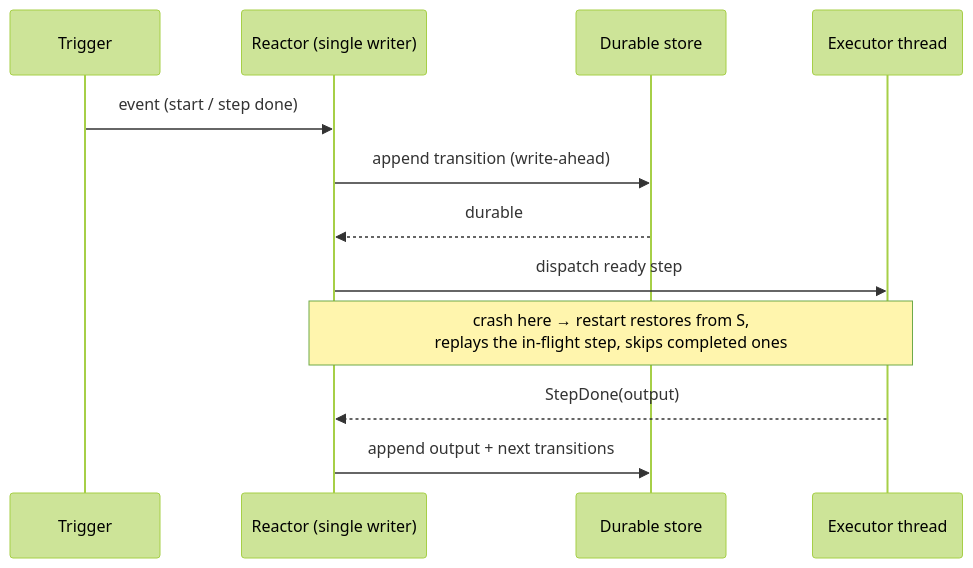
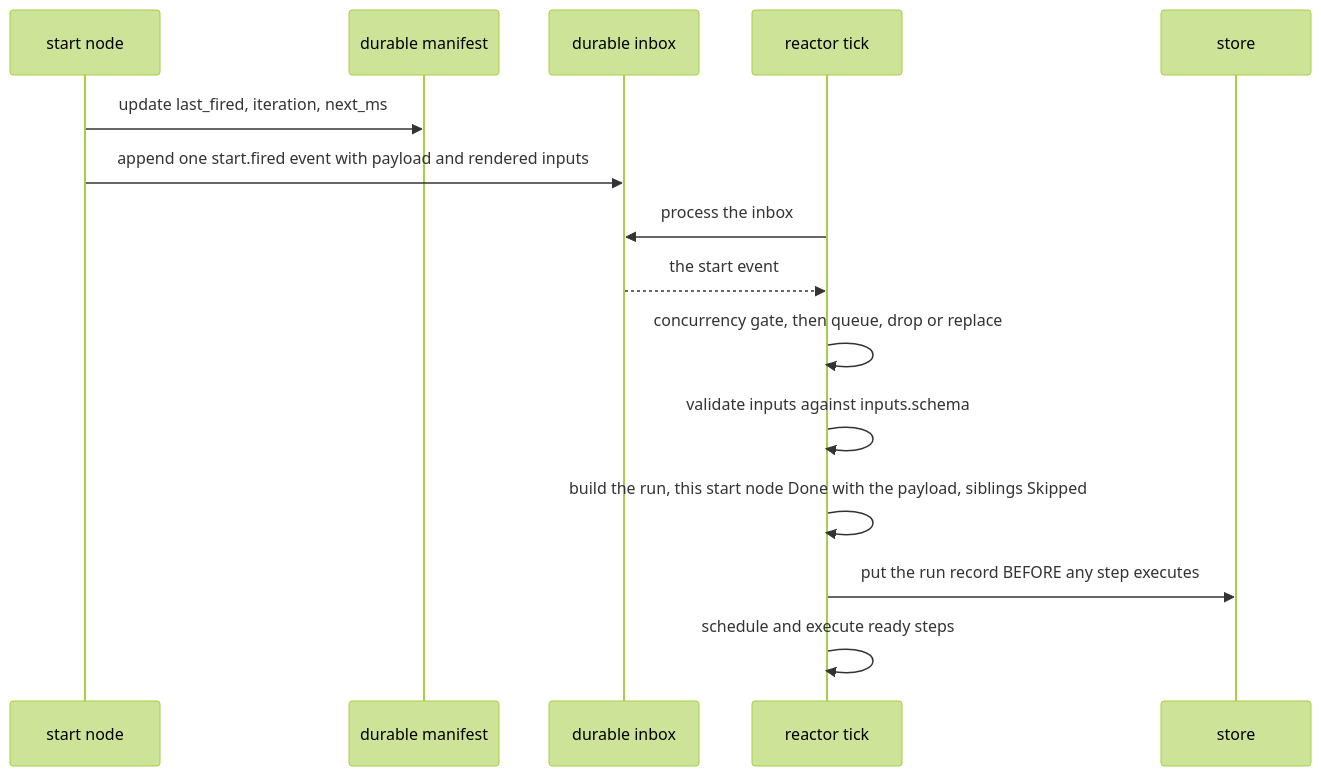
Before and after one commit to agentd-dev/source-code: the first of 4 diagrams in docs/workflows.md, drawn with Mermaid (forest theme). The commit also changed other lines of this file and 33 other files, not shown here.

````diff
--- a/docs/workflows.md
+++ b/docs/workflows.md
@@ -567,14 +110,17 @@
 ```mermaid
 sequenceDiagram
-  participant T as Trigger
-  participant R as Reactor (single writer)
-  participant S as Durable store
-  participant X as Executor thread
-  T->>R: event (start / step done)
-  R->>S: append transition (write-ahead)
-  S-->>R: durable
-  R->>X: dispatch ready step
-  Note over R,X: crash here → restart restores from S,<br/>replays the in-flight step, skips completed ones
-  X-->>R: StepDone(output)
-  R->>S: append output + next transitions
+    participant S as start node
+    participant M as durable manifest
+    participant I as durable inbox
+    participant R as reactor tick
+    participant D as store
+    S->>M: update last_fired, iteration, next_ms
+    S->>I: append one start.fired event with payload and rendered inputs
+    R->>I: process the inbox
+    I-->>R: the start event
+    R->>R: concurrency gate, then queue, drop or replace
+    R->>R: validate inputs against inputs.schema
+    R->>R: build the run, this start node Done with the payload, siblings Skipped
+    R->>D: put the run record BEFORE any step executes
+    R->>R: schedule and execute ready steps
 ```
````
